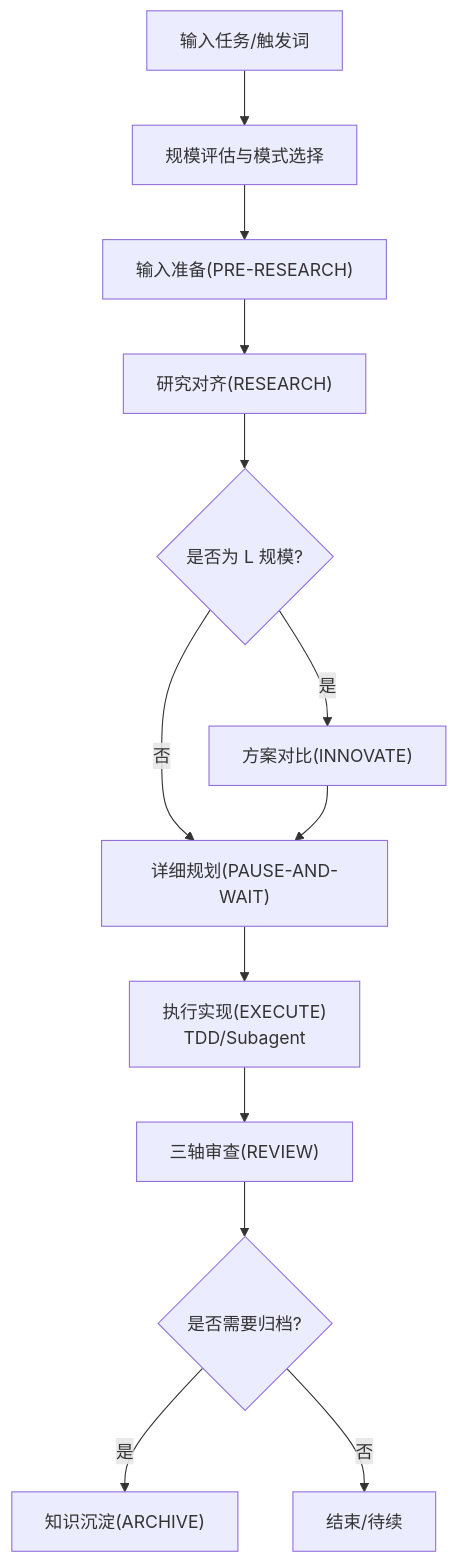
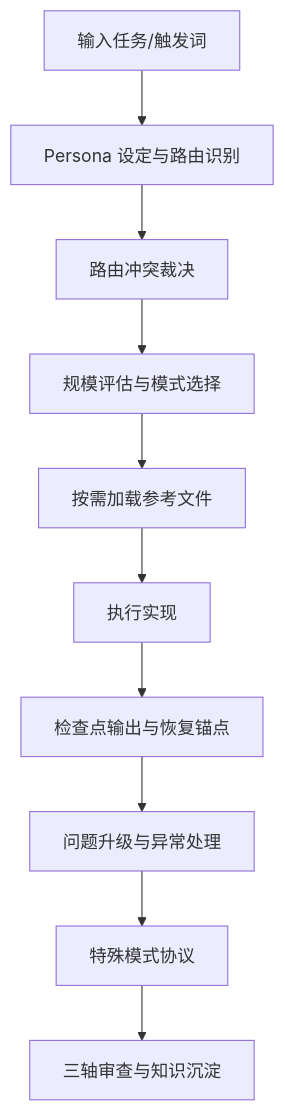
Before and after one commit to AngelWings1997/altas: the second of 8 diagrams in .qoder/repowiki/zh/content/核心协议/核心协议.md, drawn with Mermaid. The commit also changed other lines of this file and 7 other files, not shown here.

````diff
--- a/.qoder/repowiki/zh/content/核心协议/核心协议.md
+++ b/.qoder/repowiki/zh/content/核心协议/核心协议.md
@@ -121,15 +111,12 @@
 ```mermaid
 graph TB
-A["输入任务/触发词"] --> B["规模评估与模式选择"]
-B --> C["输入准备(PRE-RESEARCH)"]
-C --> D["研究对齐(RESEARCH)"]
-D --> E{"是否为 L 规模?"}
-E --> |是| F["方案对比(INNOVATE)"]
-E --> |否| G["详细规划(PAUSE-AND-WAIT)"]
-F --> G
-G --> H["执行实现(EXECUTE)<br/>TDD/Subagent"]
-H --> I["三轴审查(REVIEW)"]
-I --> J{"是否需要归档?"}
-J --> |是| K["知识沉淀(ARCHIVE)"]
-J --> |否| L["结束/待续"]
+A["输入任务/触发词"] --> B["Persona 设定与路由识别"]
+B --> C["路由冲突裁决"]
+C --> D["规模评估与模式选择"]
+D --> E["按需加载参考文件"]
+E --> F["执行实现"]
+F --> G["检查点输出与恢复锚点"]
+G --> H["问题升级与异常处理"]
+H --> I["特殊模式协议"]
+I --> J["三轴审查与知识沉淀"]
 ```
````
